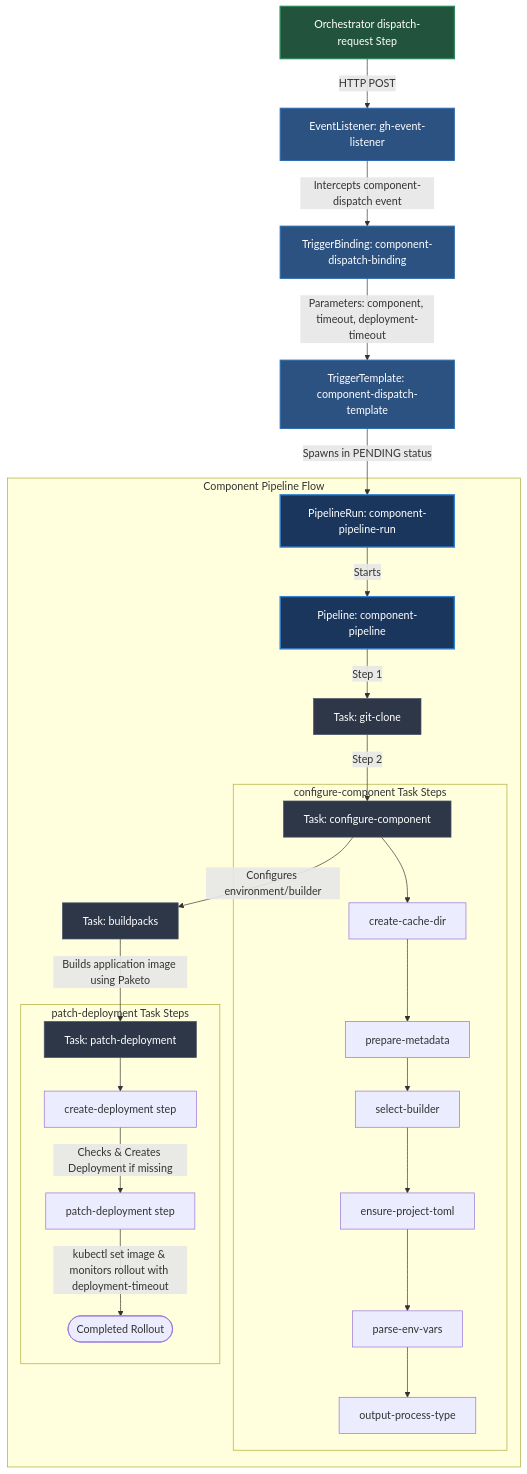
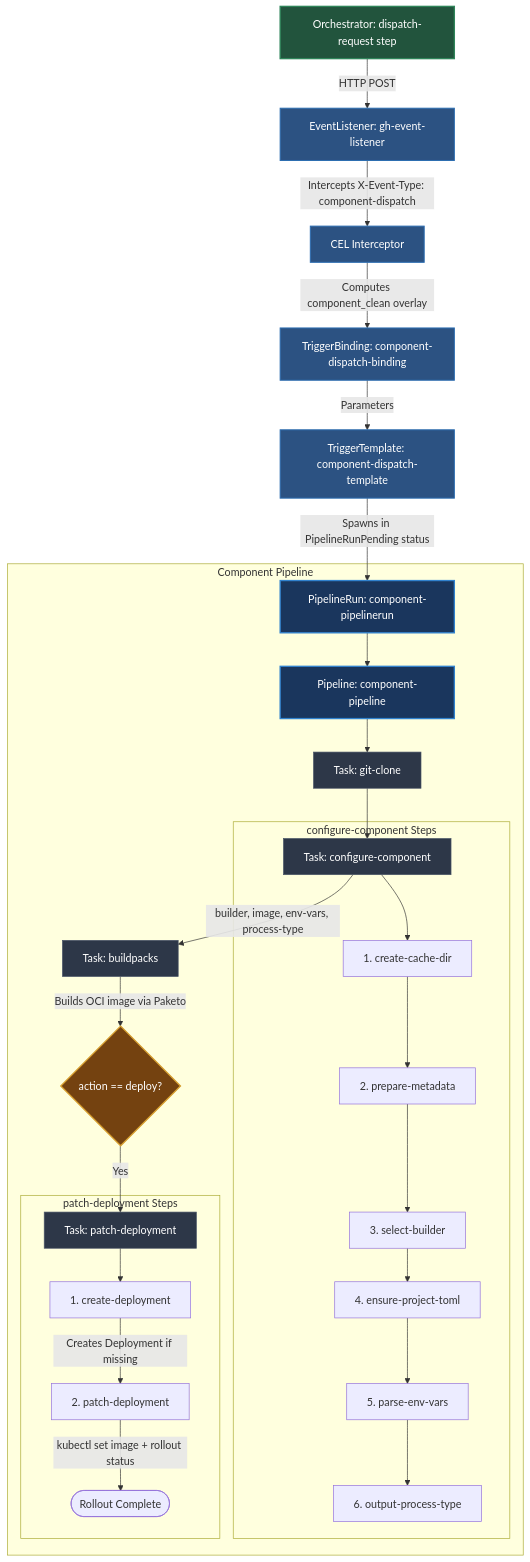
The second of 2 diagrams in tekton-platform/README.md (khanhcmlab/saritasa-devops-build-samples), drawn with Mermaid before and after one commit. The commit also changed other lines of this file, not shown here.

Commit message:
fix: update graph

````diff
--- a/tekton-platform/README.md
+++ b/tekton-platform/README.md
@@ -75,46 +75,50 @@
 ```mermaid
 flowchart TD
     %% Input Event from dispatch-pipelinerun
-    DispReq[Orchestrator dispatch-request Step] -->|HTTP POST| EL_Child[EventListener: gh-event-listener]
-    
+    DispReq[Orchestrator: dispatch-request step] -->|HTTP POST| EL_Child[EventListener: gh-event-listener]
+
     %% Webhook Triggers Processing
-    EL_Child -->|Intercepts component-dispatch event| Bind2[TriggerBinding: component-dispatch-binding]
-    Bind2 -->|Parameters: component, timeout, deployment-timeout| Temp2[TriggerTemplate: component-dispatch-template]
-    Temp2 -->|Spawns in PENDING status| PR2[PipelineRun: component-pipeline-run]
+    EL_Child -->|Intercepts X-Event-Type: component-dispatch| CEL[CEL Interceptor]
+    CEL -->|Computes component_clean overlay| Bind2[TriggerBinding: component-dispatch-binding]
+    Bind2 -->|Parameters| Temp2[TriggerTemplate: component-dispatch-template]
+    Temp2 -->|Spawns in PipelineRunPending status| PR2[PipelineRun: component-pipelinerun]
 
-    %% Component Pipeline (Child Run)
-    subgraph Component Pipeline [Component Pipeline Flow]
-        PR2 -->|Starts| Pipe2[Pipeline: component-pipeline]
-        Pipe2 -->|Step 1| Task_Clone2[Task: git-clone]
-        Task_Clone2 -->|Step 2| Task_Config[Task: configure-component]
-        
-        subgraph Configure Steps [configure-component Task Steps]
-            Task_Config --> Config_Cache[create-cache-dir]
-            Config_Cache --> Config_Metadata[prepare-metadata]
-            Config_Metadata --> Config_Builder[select-builder]
-            Config_Builder --> Config_Toml[ensure-project-toml]
-            Config_Toml --> Config_Env[parse-env-vars]
-            Config_Env --> Config_Proc[output-process-type]
+    %% Component Pipeline
+    subgraph Component Pipeline
+        PR2 --> Pipe2[Pipeline: component-pipeline]
+        Pipe2 --> Task_Clone[Task: git-clone]
+        Task_Clone --> Task_Config[Task: configure-component]
+
+        subgraph configure-component Steps
+            Task_Config --> Step_Cache[1. create-cache-dir]
+            Step_Cache --> Step_Meta[2. prepare-metadata]
+            Step_Meta --> Step_Builder[3. select-builder]
+            Step_Builder --> Step_Toml[4. ensure-project-toml]
+            Step_Toml --> Step_Env[5. parse-env-vars]
+            Step_Env --> Step_Proc[6. output-process-type]
         end
-        
-        Task_Config -->|Configures environment/builder| Task_BP[Task: buildpacks]
-        Task_BP -->|Builds application image using Paketo| Task_Deploy[Task: patch-deployment]
-        
-        subgraph Deployment Rollout [patch-deployment Task Steps]
-            Task_Deploy --> Deploy_Create[create-deployment step]
-            Deploy_Create -->|Checks & Creates Deployment if missing| Deploy_Patch[patch-deployment step]
-            Deploy_Patch -->|kubectl set image & monitors rollout with deployment-timeout| DeployEnd([Completed Rollout])
+
+        Task_Config -->|builder, image, env-vars, process-type| Task_BP[Task: buildpacks]
+        Task_BP -->|Builds OCI image via Paketo| Task_Deploy{action == deploy?}
+        Task_Deploy -->|Yes| Task_Patch[Task: patch-deployment]
+
+        subgraph patch-deployment Steps
+            Task_Patch --> Deploy_Create[1. create-deployment]
+            Deploy_Create -->|Creates Deployment if missing| Deploy_Patch[2. patch-deployment]
+            Deploy_Patch -->|kubectl set image + rollout status| DeployEnd([Rollout Complete])
         end
     end
 
-    %% Flow Styling
-    classDef pipeline fill:#1A365D,stroke:#3182CE,stroke-width:2px,color:#fff;
-    classDef task fill:#2D3748,stroke:#4A5568,stroke-width:1px,color:#fff;
-    classDef trigger fill:#2C5282,stroke:#2B6CB0,stroke-width:1.5px,color:#fff;
-    classDef input fill:#22543D,stroke:#2F855A,stroke-width:2px,color:#fff;
+    %% Styling
+    classDef pipeline fill:#1A365D,stroke:#3182CE,stroke-width:2px,color:#fff
+    classDef task fill:#2D3748,stroke:#4A5568,stroke-width:1px,color:#fff
+    classDef trigger fill:#2C5282,stroke:#2B6CB0,stroke-width:1.5px,color:#fff
+    classDef input fill:#22543D,stroke:#2F855A,stroke-width:2px,color:#fff
+    classDef decision fill:#744210,stroke:#D69E2E,stroke-width:2px,color:#fff
 
-    class PR2,Pipe2 pipeline;
-    class Task_Clone2,Task_Config,Task_BP,Task_Deploy task;
-    class EL_Child,Bind2,Temp2 trigger;
-    class DispReq input;
+    class PR2,Pipe2 pipeline
+    class Task_Clone,Task_Config,Task_BP,Task_Patch task
+    class EL_Child,CEL,Bind2,Temp2 trigger
+    class DispReq input
+    class Task_Deploy decision
 ```
````
